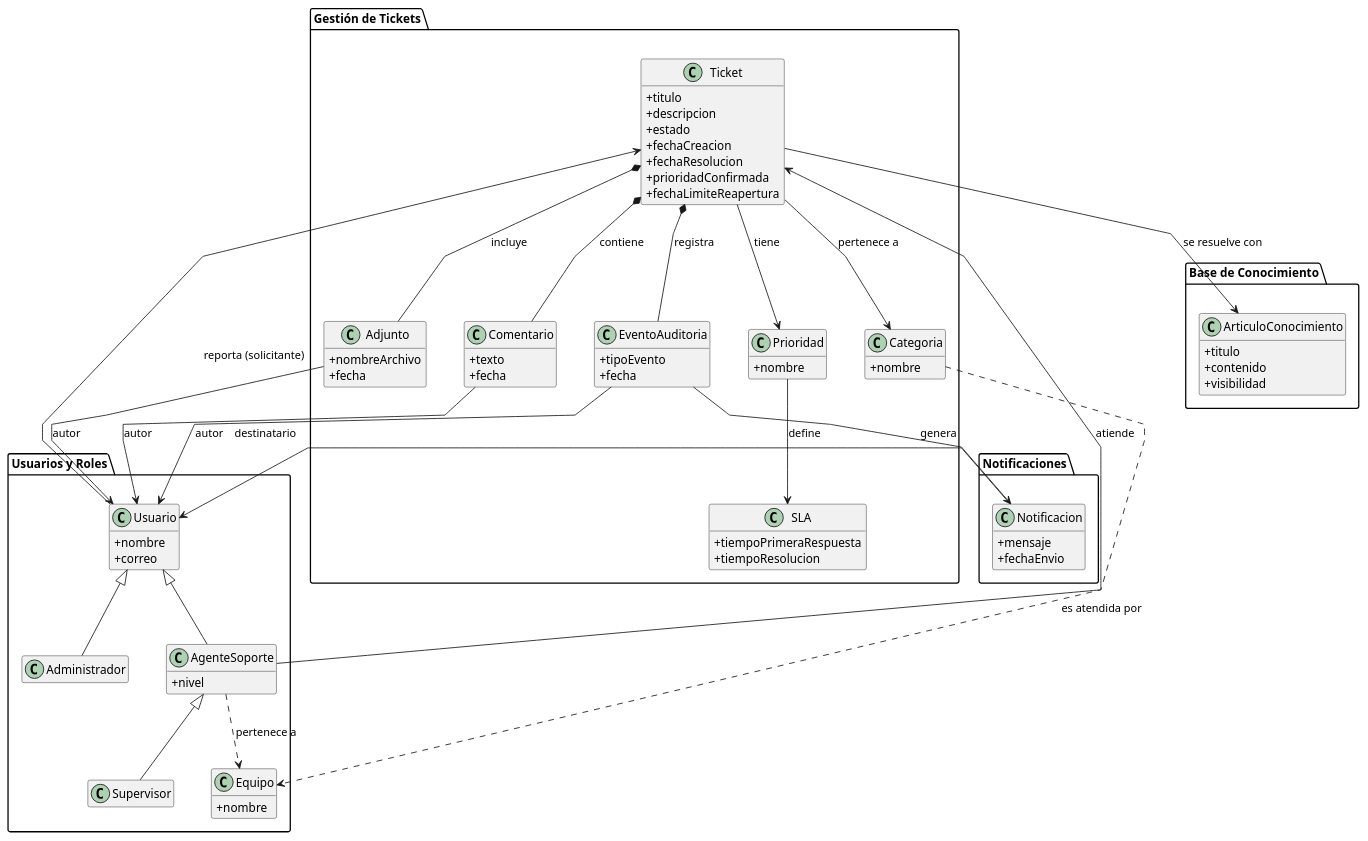
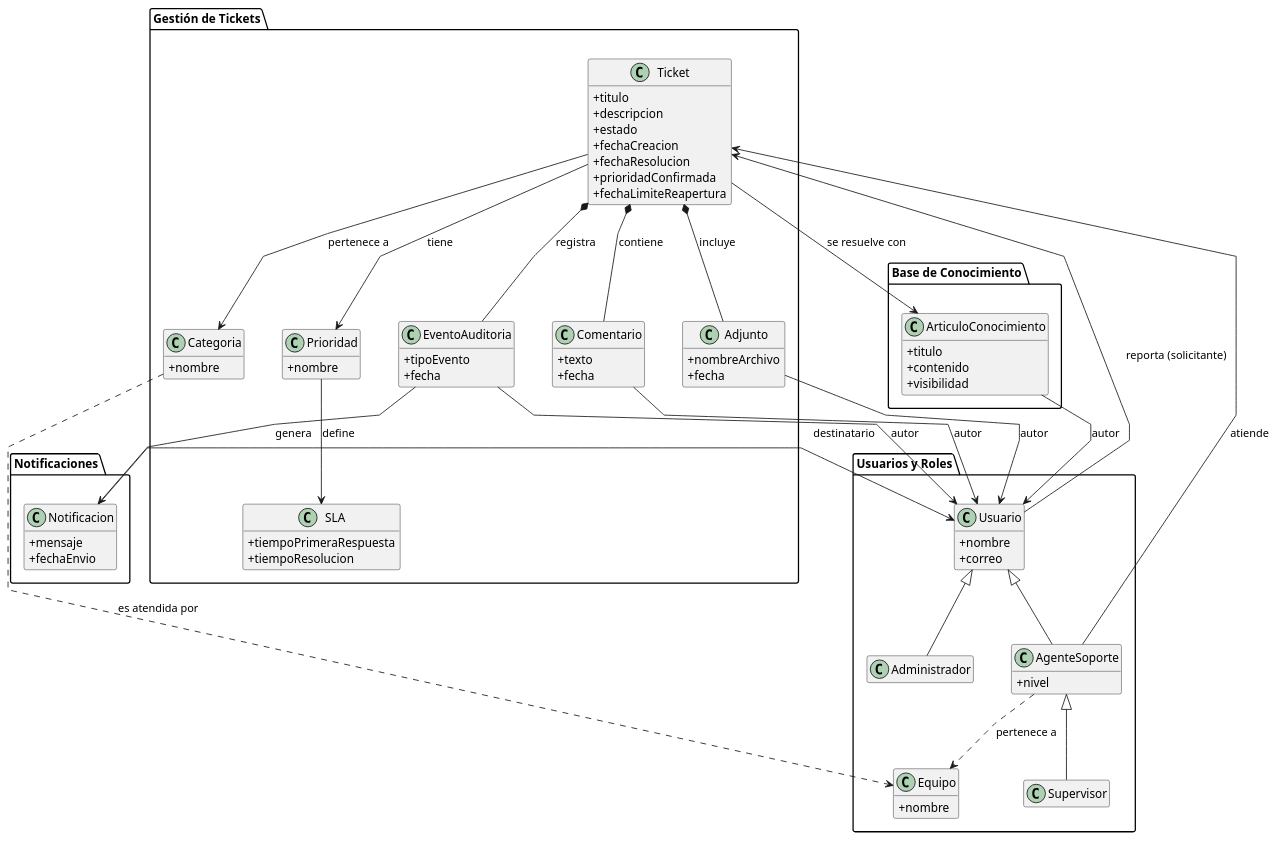
The diagram in puml/01-fase-inicio/modelo-dominio/diagrama-clases.puml (Dievex/01-HelpDesk), drawn with PlantUML before and after one commit. The commit also changed 24 other files, not shown here.

```diff
--- a/puml/01-fase-inicio/modelo-dominio/diagrama-clases.puml
+++ b/puml/01-fase-inicio/modelo-dominio/diagrama-clases.puml
@@ -1,95 +1,96 @@
 @startuml diagrama-clases
 hide empty members
 skinparam classAttributeIconSize 0
 skinparam nodesep 45
 skinparam ranksep 70
 skinparam packagePadding 25
 skinparam linetype polyline
 
 package "Usuarios y Roles" {
   class Usuario {
     +nombre
     +correo
   }
   class AgenteSoporte {
     +nivel
   }
   class Supervisor
   class Administrador
   class Equipo {
     +nombre
   }
 }
 
 package "Gestión de Tickets" {
   class Ticket {
     +titulo
     +descripcion
     +estado
     +fechaCreacion
     +fechaResolucion
     +prioridadConfirmada
     +fechaLimiteReapertura
   }
   class Categoria {
     +nombre
   }
   class Prioridad {
     +nombre
   }
   class SLA {
     +tiempoPrimeraRespuesta
     +tiempoResolucion
   }
   class Comentario {
     +texto
     +fecha
   }
   class Adjunto {
     +nombreArchivo
     +fecha
   }
   class EventoAuditoria {
     +tipoEvento
     +fecha
   }
 }
 
 package "Base de Conocimiento" {
   class ArticuloConocimiento {
     +titulo
     +contenido
     +visibilidad
   }
 }
 
 package "Notificaciones" {
   class Notificacion {
     +mensaje
     +fechaEnvio
   }
 }
 
 Usuario <|-- AgenteSoporte
 AgenteSoporte <|-- Supervisor
 Usuario <|-- Administrador
 
 Usuario  -->  Ticket : reporta (solicitante)
 AgenteSoporte  -->  Ticket : atiende
 AgenteSoporte  ..>  Equipo : pertenece a
 Ticket  -->  Categoria : pertenece a
 Ticket  -->  Prioridad : tiene
 Prioridad  -->  SLA : define
 Categoria  ..>  Equipo : es atendida por
 
 Ticket  *--  Comentario : contiene
 Ticket  *--  Adjunto : incluye
 Ticket  *--  EventoAuditoria : registra
 Ticket  -->  ArticuloConocimiento : se resuelve con
 
 Notificacion  -->  Usuario : destinatario
 Comentario  -->  Usuario : autor
 Adjunto  -->  Usuario : autor
 EventoAuditoria  -->  Usuario : autor
+ArticuloConocimiento  -->  Usuario : autor
 EventoAuditoria  -->  Notificacion : genera
 @enduml
```
